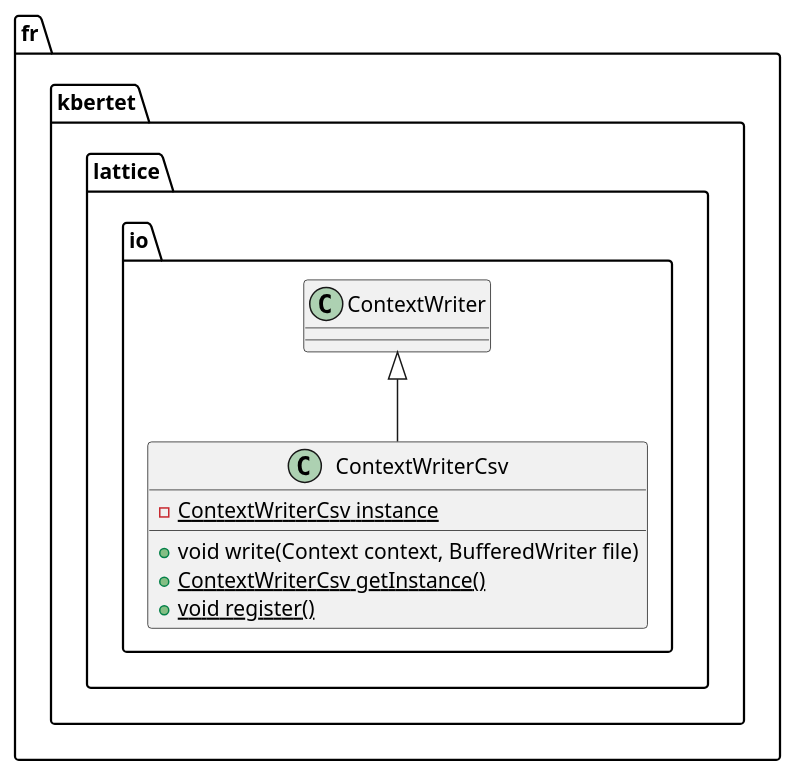
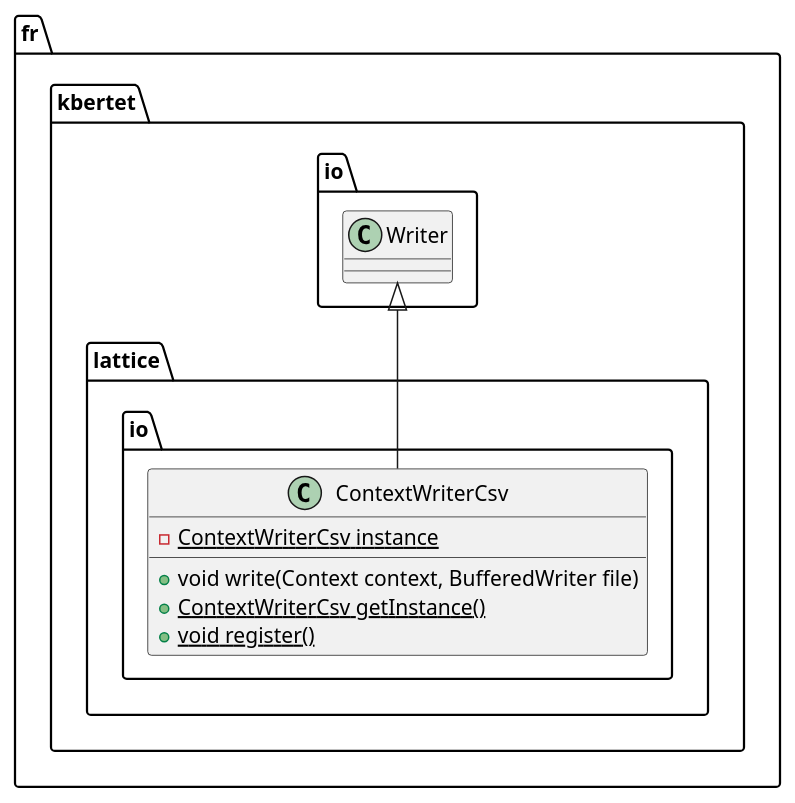
The diagram in src/main/javadoc/resources/fr/kbertet/context/io/ContextWriterCsv.iuml (thegalactic/java-lattices), drawn with PlantUML before and after one commit. The commit also changed 28 other files, not shown here.

```diff
--- a/src/main/javadoc/resources/fr/kbertet/context/io/ContextWriterCsv.iuml
+++ b/src/main/javadoc/resources/fr/kbertet/context/io/ContextWriterCsv.iuml
@@ -1,10 +1,10 @@
 package fr.kbertet.lattice.io {
     class ContextWriterCsv {
     	-{static}ContextWriterCsv instance
         +void write(Context context, BufferedWriter file)
         +{static}ContextWriterCsv getInstance()
         +{static}void register()
     }
 
-    ContextWriter <|-- ContextWriterCsv
+    fr.kbertet.io.Writer <|-- ContextWriterCsv
 }
```
